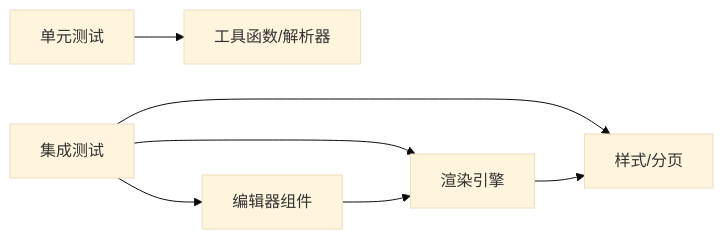
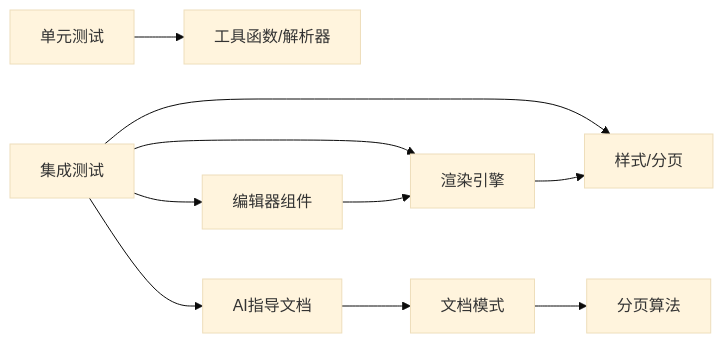
The fifth of 5 diagrams in .qoder/repowiki/zh/content/测试策略.md (ZhongXiandou/markdown2view), drawn with Mermaid (base theme) before and after one commit. The commit also changed other lines of this file and 21 other files, not shown here.

````diff
--- a/.qoder/repowiki/zh/content/测试策略.md
+++ b/.qoder/repowiki/zh/content/测试策略.md
@@ -293,9 +382,12 @@
 ```mermaid
 graph LR
 UT["单元测试"] --> TU["工具函数/解析器"]
 IT["集成测试"] --> UE["编辑器组件"]
 IT --> RE["渲染引擎"]
 IT --> ST["样式/分页"]
+IT --> AI["AI指导文档"]
 UE --> RE
 RE --> ST
+AI --> DM["文档模式"]
+DM --> PA["分页算法"]
 ```
````
